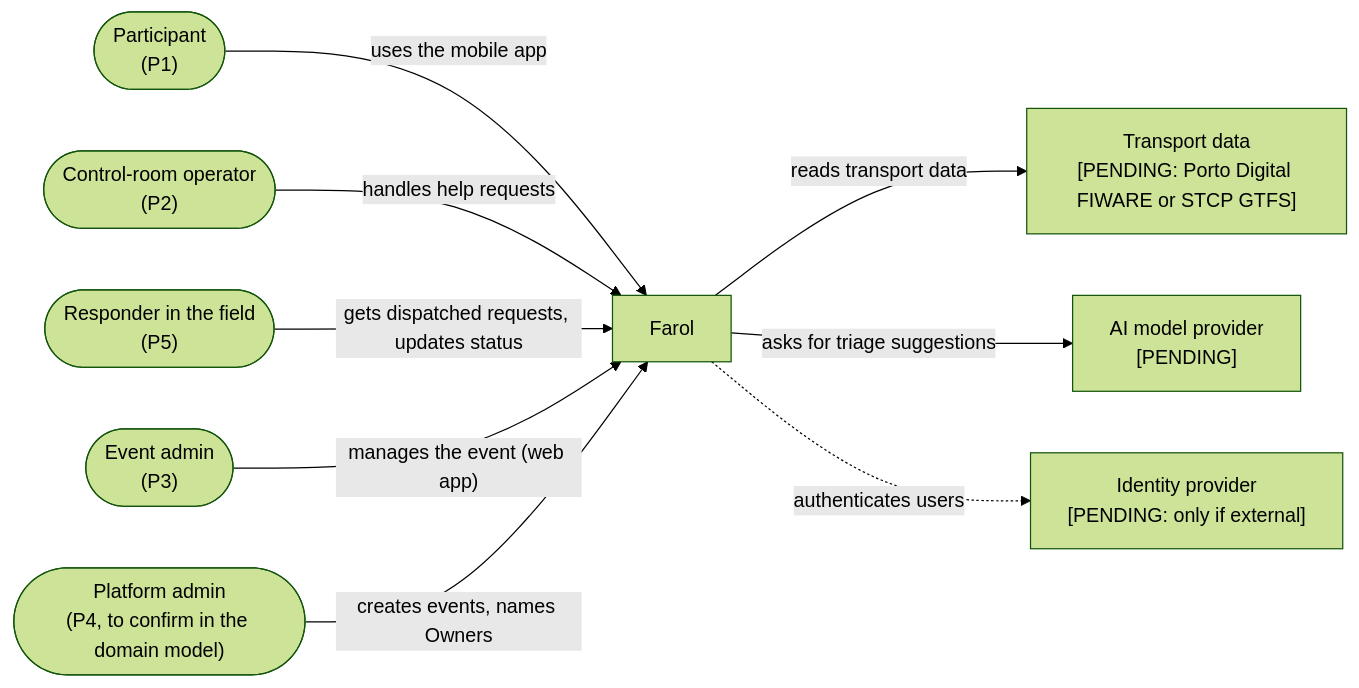
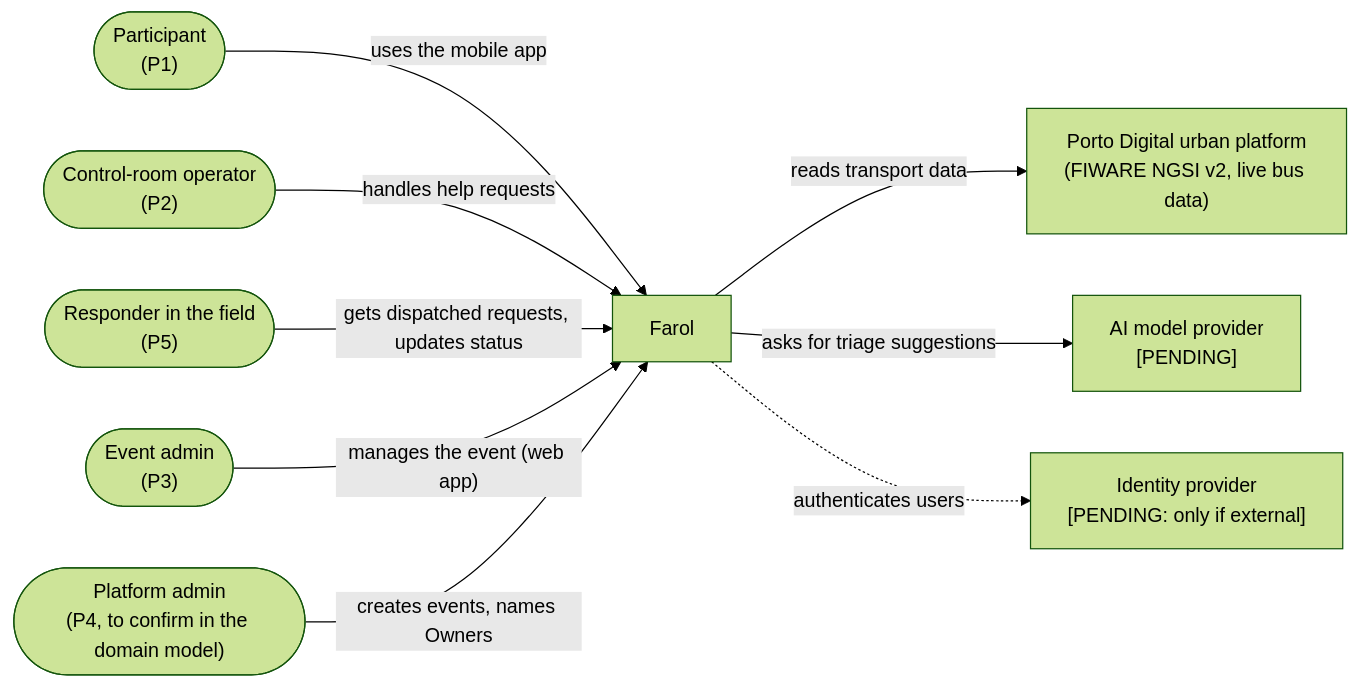
Before and after one commit to tomasoliveira21/LABDSOF: the first of 2 diagrams in Docs/Technical/architecture.md, drawn with Mermaid (forest theme). The commit also changed other lines of this file and 18 other files, not shown here.

````diff
--- a/Docs/Technical/architecture.md
+++ b/Docs/Technical/architecture.md
@@ -25,21 +25,21 @@
 ```mermaid
 flowchart LR
     P(["Participant<br/>(P1)"])
     O(["Control-room operator<br/>(P2)"])
     R(["Responder in the field<br/>(P5)"])
     A(["Event admin<br/>(P3)"])
     PA(["Platform admin<br/>(P4, to confirm in the domain model)"])
     SYS["Farol"]
-    TR["Transport data<br/>[PENDING: Porto Digital FIWARE or STCP GTFS]"]
+    TR["Porto Digital urban platform<br/>(FIWARE NGSI v2, live bus data)"]
     LLM["AI model provider<br/>[PENDING]"]
     IDP["Identity provider<br/>[PENDING: only if external]"]
 
     P -- "uses the mobile app" --> SYS
     O -- "handles help requests" --> SYS
     R -- "gets dispatched requests, updates status" --> SYS
     A -- "manages the event (web app)" --> SYS
     PA -- "creates events, names Owners" --> SYS
     SYS -- "reads transport data" --> TR
     SYS -- "asks for triage suggestions" --> LLM
     SYS -. "authenticates users" .-> IDP
 ```
````
